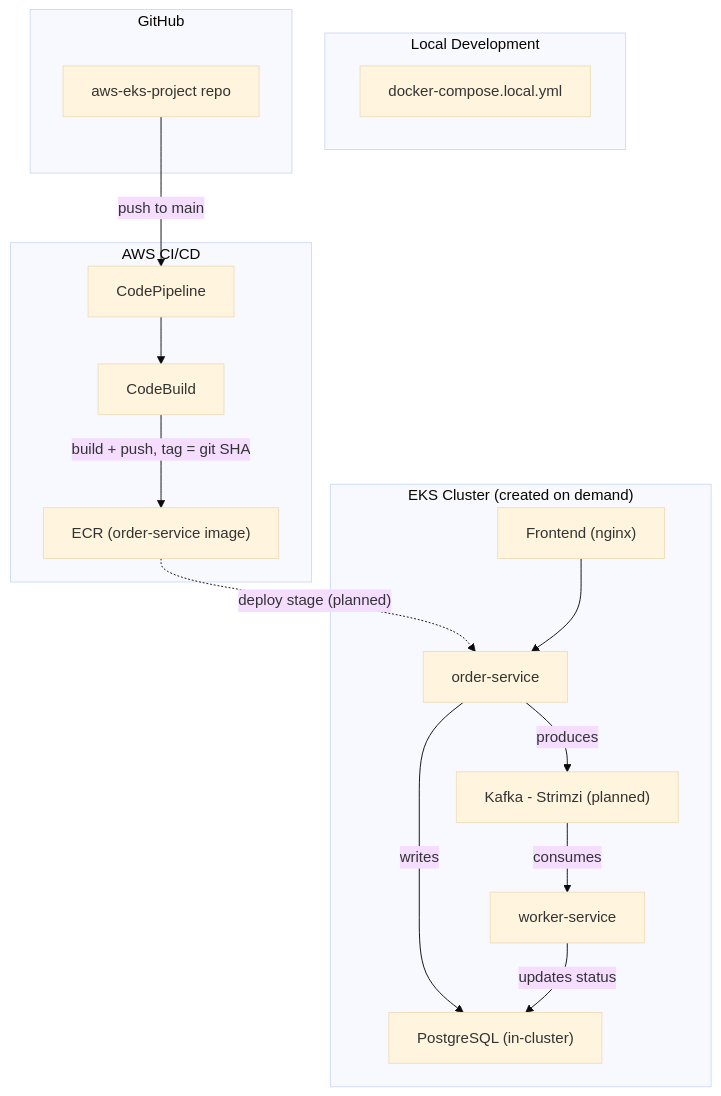
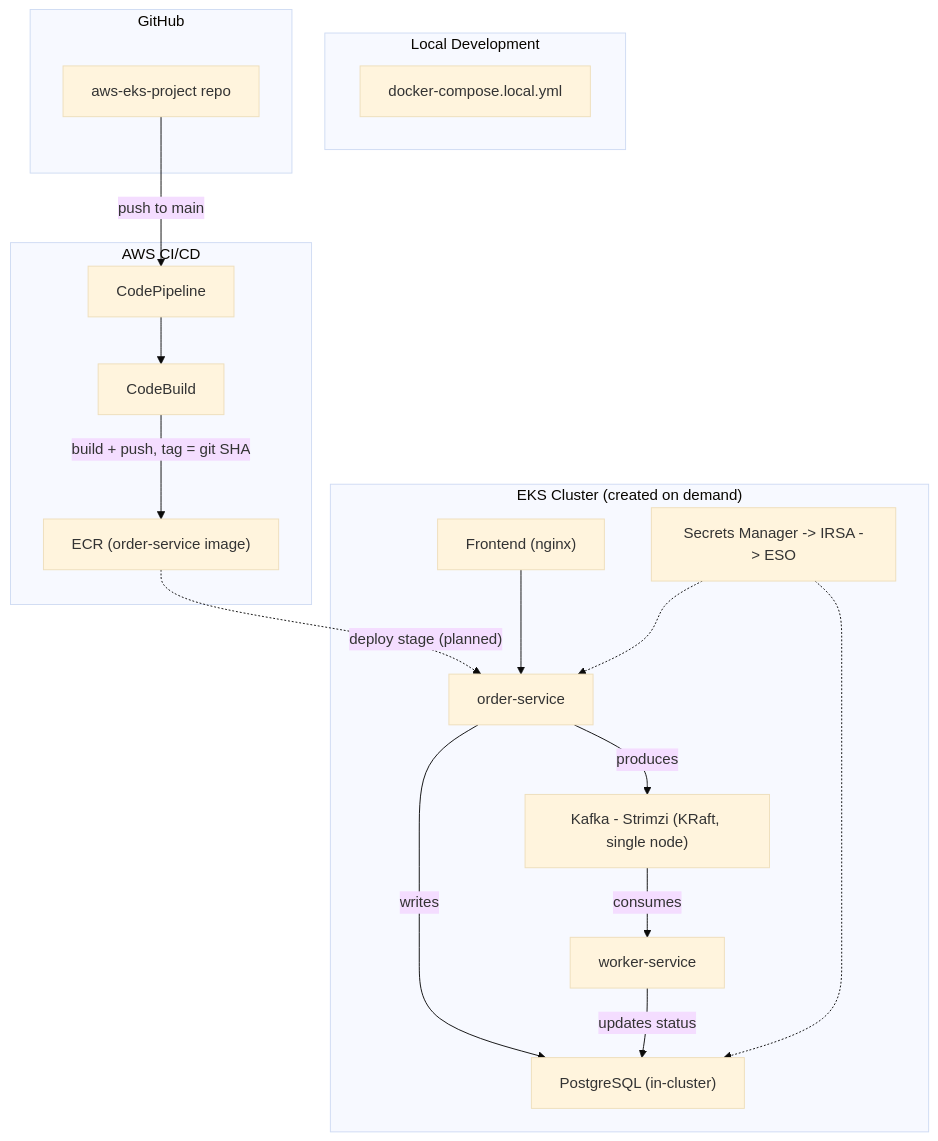
Before and after one commit to antoan-a-ignatov/aws-eks-project: the diagram in README.md, drawn with Mermaid (base theme). The commit also changed other lines of this file, not shown here.

Commit message:
Update README to 0.2.0: secrets chain, PostgreSQL, and Kafka verified live

````diff
--- a/README.md
+++ b/README.md
@@ -45,35 +46,38 @@
 ```mermaid
 flowchart TB
     subgraph Local["Local Development"]
         DC["docker-compose.local.yml"]
     end
 
     subgraph GitHub["GitHub"]
         Repo["aws-eks-project repo"]
     end
 
     subgraph Pipeline["AWS CI/CD"]
         CP["CodePipeline"]
         CB["CodeBuild"]
         ECR["ECR (order-service image)"]
     end
 
     subgraph Cluster["EKS Cluster (created on demand)"]
         FE["Frontend (nginx)"]
         API["order-service"]
         Worker["worker-service"]
         PG["PostgreSQL (in-cluster)"]
-        Kafka["Kafka - Strimzi (planned)"]
+        Kafka["Kafka - Strimzi (KRaft, single node)"]
+        Secrets["Secrets Manager -> IRSA -> ESO"]
     end
 
     Repo -- "push to main" --> CP
     CP --> CB
     CB -- "build + push, tag = git SHA" --> ECR
     ECR -. "deploy stage (planned)" .-> API
 
     FE --> API
     API -- "writes" --> PG
     API -- "produces" --> Kafka
     Kafka -- "consumes" --> Worker
     Worker -- "updates status" --> PG
+    Secrets -.-> API
+    Secrets -.-> PG
 ```
````
